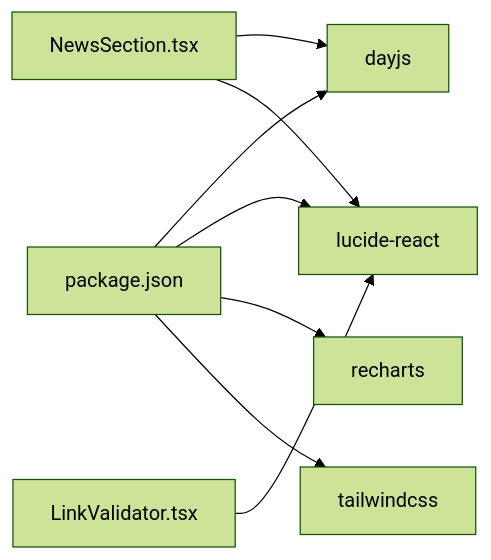
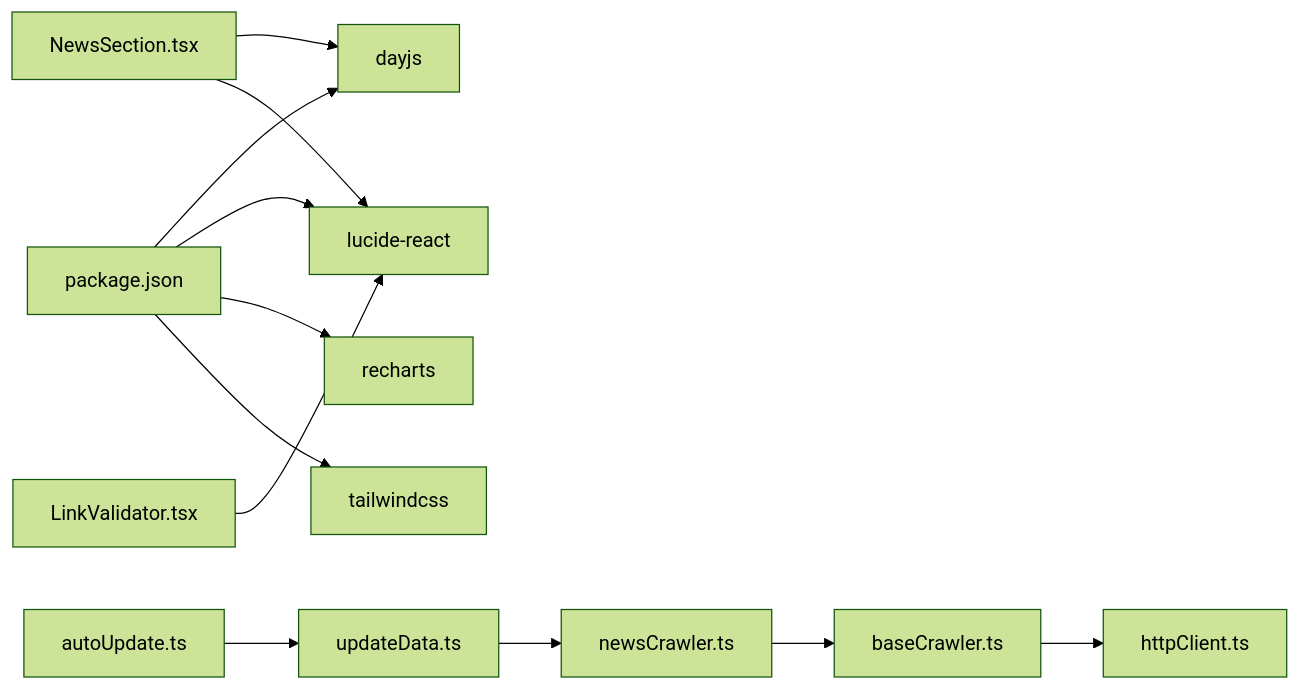
One commit to liangxuanliang-cmd/carbon-info-agent changed the seventh of 7 diagrams in .qoder/repowiki/zh/content/数据管理/新闻数据管理/新闻数据管理.md. Above: the diagram before and after it, drawn with Mermaid (forest theme). The commit also changed other lines of this file and 7 other files, not shown here.

````diff
--- a/.qoder/repowiki/zh/content/数据管理/新闻数据管理/新闻数据管理.md
+++ b/.qoder/repowiki/zh/content/数据管理/新闻数据管理/新闻数据管理.md
@@ -293,15 +438,19 @@
 ```mermaid
 graph LR
 PACKAGE["package.json"]
 DAYJS["dayjs"]
 LUCIDE["lucide-react"]
 RECHARTS["recharts"]
 TAILWIND["tailwindcss"]
 PACKAGE --> DAYJS
 PACKAGE --> LUCIDE
 PACKAGE --> RECHARTS
 PACKAGE --> TAILWIND
 NEWS_SEC["NewsSection.tsx"] --> DAYJS
 NEWS_SEC --> LUCIDE
 LINK_VAL["LinkValidator.tsx"] --> LUCIDE
+BASE_CRAWLER["baseCrawler.ts"] --> HTTP_CLIENT["httpClient.ts"]
+NEWS_CRAWLER["newsCrawler.ts"] --> BASE_CRAWLER
+UPDATE_DATA["updateData.ts"] --> NEWS_CRAWLER
+AUTO_UPDATE["autoUpdate.ts"] --> UPDATE_DATA
 ```
````
